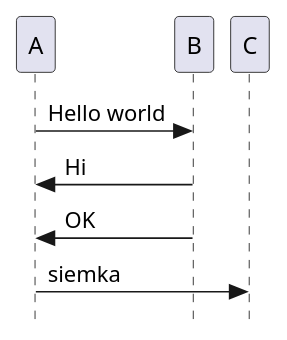
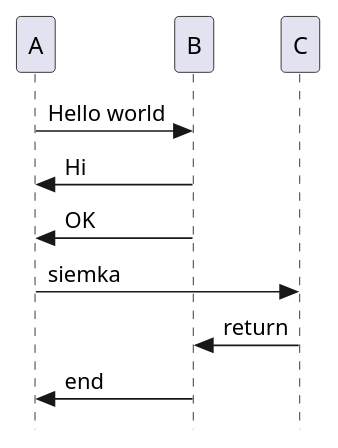
The diagram in sequence.puml (sympatiks/test), drawn with PlantUML before and after one commit.

```diff
--- a/sequence.puml
+++ b/sequence.puml
@@ -1,7 +1,9 @@
-@startuml Hello World
+@startuml Hello_World
 skinparam Style strictuml
 A -> B : Hello world
 B -> A : Hi
 A <- B : OK
 A -> C : siemka
+C -> B : return
+B -> A : end
 @enduml
```
